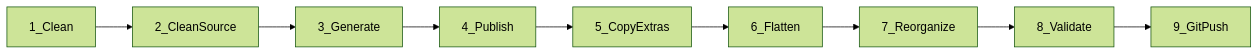
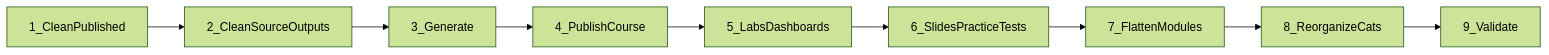
The second of 2 diagrams in software/docs/ORCHESTRATION.md (docxology/biol-1), drawn with Mermaid (forest theme) before and after one commit. The commit also changed other lines of this file and 161 other files, not shown here.

Commit message:
Update published course materials

````diff
--- a/software/docs/ORCHESTRATION.md
+++ b/software/docs/ORCHESTRATION.md
@@ -817,11 +822,11 @@
 ```mermaid
 flowchart LR
-    CLN["1_Clean"] --> CLNS["2_CleanSource"]
+    CLN["1_CleanPublished"] --> CLNS["2_CleanSourceOutputs"]
     CLNS --> GEN["3_Generate"]
-    GEN --> PUB["4_Publish"]
-    PUB --> COPY["5_CopyExtras"]
-    COPY --> FLAT["6_Flatten"]
-    FLAT --> REORG["7_Reorganize"]
-    REORG --> VAL["8_Validate"]
-    VAL --> GIT["9_GitPush"]
+    GEN --> PUB["4_PublishCourse"]
+    PUB --> LBD["5_LabsDashboards"]
+    LBD --> SPT["6_SlidesPracticeTests"]
+    SPT --> FLAT["7_FlattenModules"]
+    FLAT --> REO["8_ReorganizeCats"]
+    REO --> VAL["9_Validate"]
 ```
````
